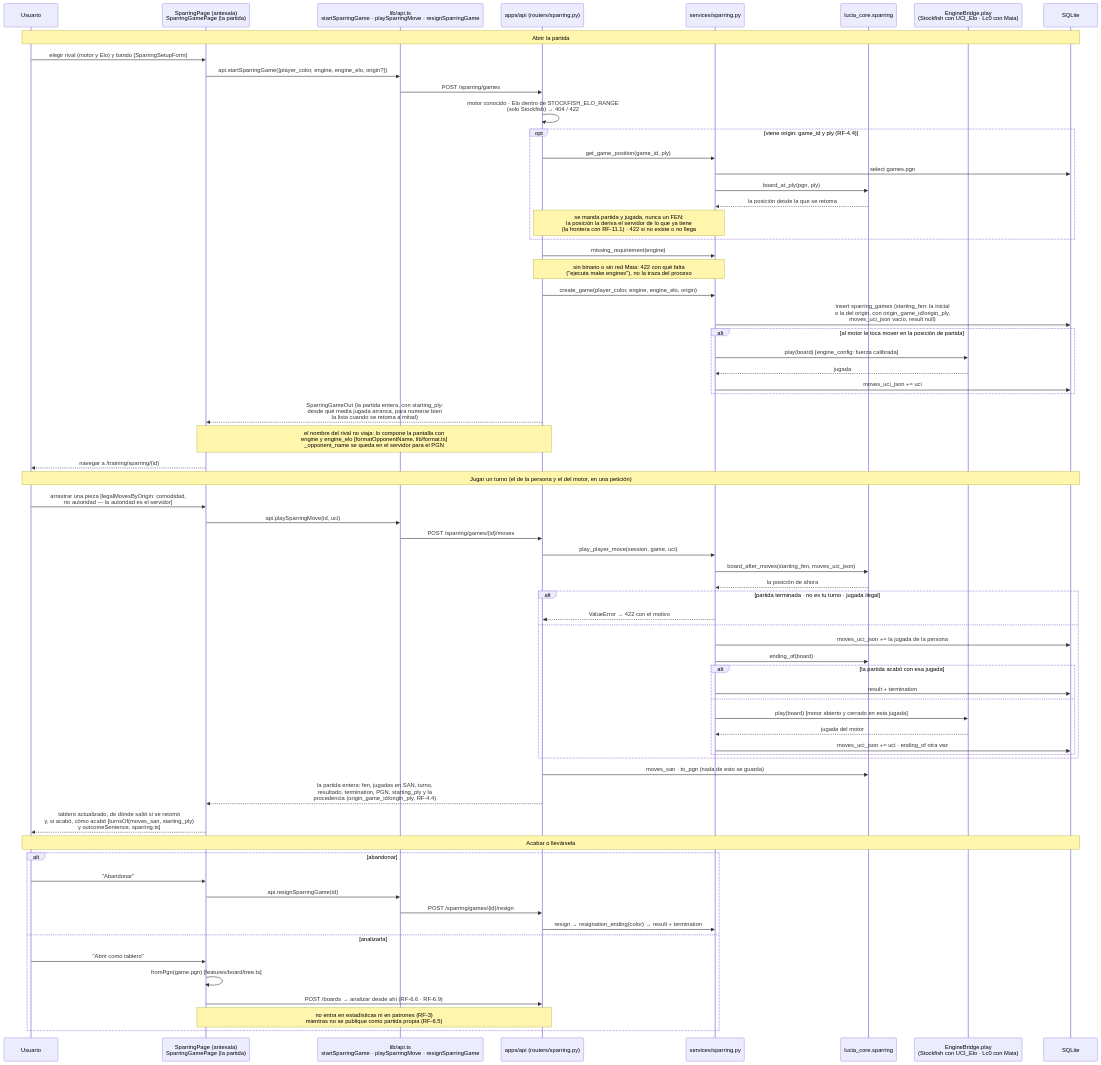
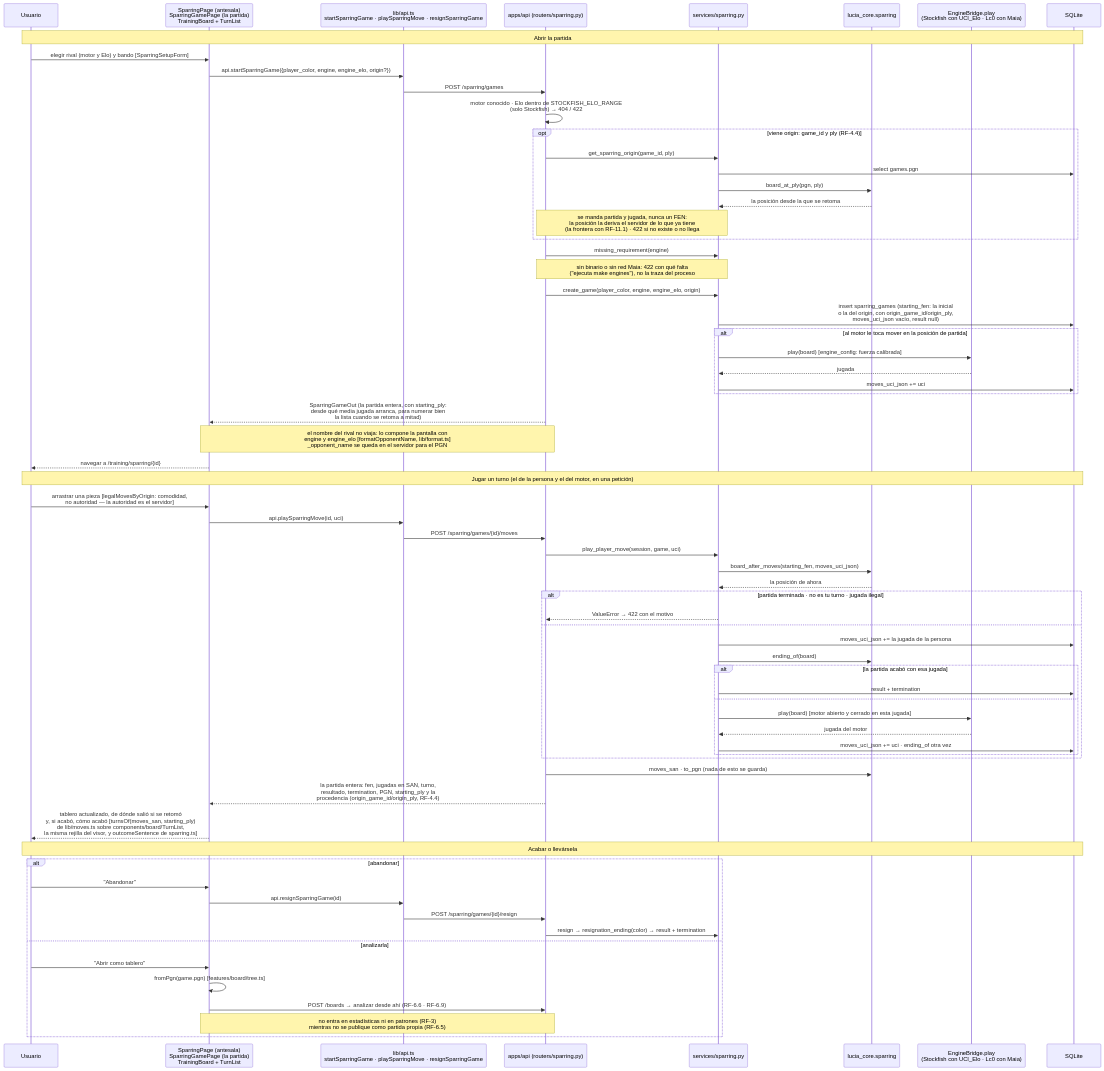
Diagram 19 of 21 in docs/06-mapa-del-proyecto.md (SirJsus/LUCIA), drawn with Mermaid before and after one commit. The commit also changed other lines of this file and 87 other files, not shown here.

````diff
--- a/docs/06-mapa-del-proyecto.md
+++ b/docs/06-mapa-del-proyecto.md
@@ -1647,73 +1733,73 @@
 ```mermaid
 sequenceDiagram
     participant U as Usuario
-    participant P as SparringPage (antesala)<br/>SparringGamePage (la partida)
+    participant P as SparringPage (antesala)<br/>SparringGamePage (la partida)<br/>TrainingBoard + TurnList
     participant AP as lib/api.ts<br/>startSparringGame · playSparringMove · resignSparringGame
     participant R as apps/api (routers/sparring.py)
     participant SS as services/sparring.py
     participant CS as lucia_core.sparring
     participant E as EngineBridge.play<br/>(Stockfish con UCI_Elo · Lc0 con Maia)
     participant DB as SQLite
 
     Note over U,DB: Abrir la partida
     U->>P: elegir rival (motor y Elo) y bando [SparringSetupForm]
     P->>AP: api.startSparringGame({player_color, engine, engine_elo, origin?})
     AP->>R: POST /sparring/games
     R->>R: motor conocido · Elo dentro de STOCKFISH_ELO_RANGE<br/>(solo Stockfish) → 404 / 422
     opt viene origin: game_id y ply (RF-4.4)
-        R->>SS: get_game_position(game_id, ply)
+        R->>SS: get_sparring_origin(game_id, ply)
         SS->>DB: select games.pgn
         SS->>CS: board_at_ply(pgn, ply)
         CS-->>SS: la posición desde la que se retoma
         Note over R,SS: se manda partida y jugada, nunca un FEN:<br/>la posición la deriva el servidor de lo que ya tiene<br/>(la frontera con RF-11.1) · 422 si no existe o no llega
     end
     R->>SS: missing_requirement(engine)
     Note over R,SS: sin binario o sin red Maia: 422 con qué falta<br/>("ejecuta make engines"), no la traza del proceso
     R->>SS: create_game(player_color, engine, engine_elo, origin)
     SS->>DB: insert sparring_games (starting_fen: la inicial<br/>o la del origin, con origin_game_id/origin_ply,<br/>moves_uci_json vacío, result null)
     alt al motor le toca mover en la posición de partida
         SS->>E: play(board) [engine_config: fuerza calibrada]
         E-->>SS: jugada
         SS->>DB: moves_uci_json += uci
     end
     R-->>P: SparringGameOut (la partida entera, con starting_ply:<br/>desde qué media jugada arranca, para numerar bien<br/>la lista cuando se retoma a mitad)
     Note over R,P: el nombre del rival no viaja: lo compone la pantalla con<br/>engine y engine_elo [formatOpponentName, lib/format.ts]<br/>_opponent_name se queda en el servidor para el PGN
     P-->>U: navegar a /training/sparring/{id}
 
     Note over U,DB: Jugar un turno (el de la persona y el del motor, en una petición)
     U->>P: arrastrar una pieza [legalMovesByOrigin: comodidad,<br/>no autoridad — la autoridad es el servidor]
     P->>AP: api.playSparringMove(id, uci)
     AP->>R: POST /sparring/games/{id}/moves
     R->>SS: play_player_move(session, game, uci)
     SS->>CS: board_after_moves(starting_fen, moves_uci_json)
     CS-->>SS: la posición de ahora
     alt partida terminada · no es tu turno · jugada ilegal
         SS-->>R: ValueError → 422 con el motivo
     else
         SS->>DB: moves_uci_json += la jugada de la persona
         SS->>CS: ending_of(board)
         alt la partida acabó con esa jugada
             SS->>DB: result + termination
         else
             SS->>E: play(board) [motor abierto y cerrado en esta jugada]
             E-->>SS: jugada del motor
             SS->>DB: moves_uci_json += uci · ending_of otra vez
         end
     end
     R->>CS: moves_san · to_pgn (nada de esto se guarda)
     R-->>P: la partida entera: fen, jugadas en SAN, turno,<br/>resultado, termination, PGN, starting_ply y la<br/>procedencia (origin_game_id/origin_ply, RF-4.4)
-    P-->>U: tablero actualizado, de dónde salió si se retomó<br/>y, si acabó, cómo acabó [turnsOf(moves_san, starting_ply)<br/>y outcomeSentence, sparring.ts]
+    P-->>U: tablero actualizado, de dónde salió si se retomó<br/>y, si acabó, cómo acabó [turnsOf(moves_san, starting_ply)<br/>de lib/moves.ts sobre components/board/TurnList,<br/>la misma rejilla del visor, y outcomeSentence de sparring.ts]
 
     Note over U,DB: Acabar o llevársela
     alt abandonar
         U->>P: "Abandonar"
         P->>AP: api.resignSparringGame(id)
         AP->>R: POST /sparring/games/{id}/resign
         R->>SS: resign → resignation_ending(color) → result + termination
     else analizarla
         U->>P: "Abrir como tablero"
         P->>P: fromPgn(game.pgn) [features/board/tree.ts]
         P->>R: POST /boards → analizar desde ahí (RF-6.6 · RF-6.9)
         Note over P,R: no entra en estadísticas ni en patrones (RF-3)<br/>mientras no se publique como partida propia (RF-6.5)
     end
 ```
````
